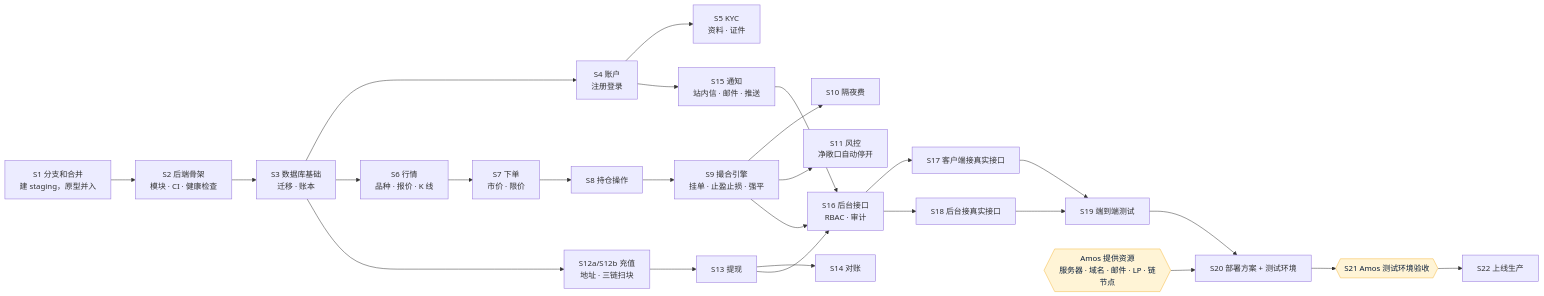
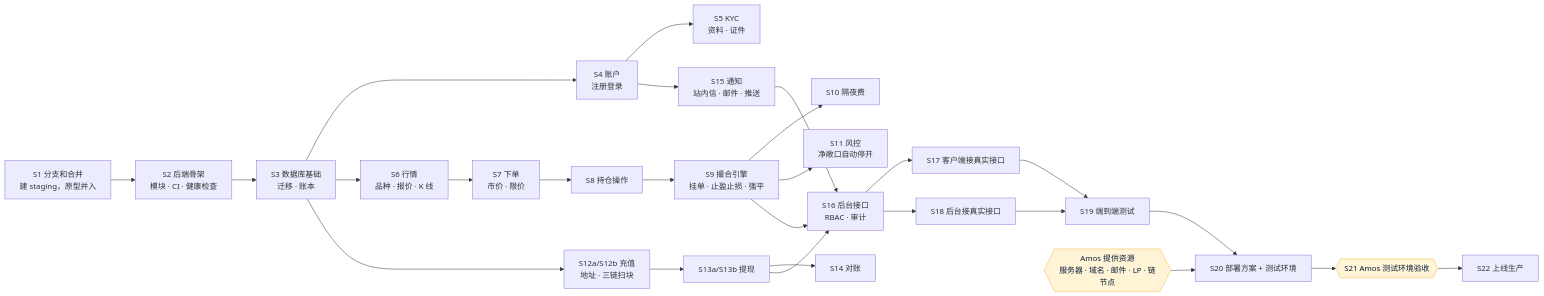
Before and after one commit to dollar3651314/falconx-lite: the diagram in 需求文档/v1-任务清单.md, drawn with Mermaid. The commit also changed other lines of this file and 25 other files, not shown here.

````diff
--- a/需求文档/v1-任务清单.md
+++ b/需求文档/v1-任务清单.md
@@ -25,23 +25,23 @@
 ```mermaid
 flowchart LR
     S1["S1 分支和合并<br/>建 staging，原型并入"] --> S2["S2 后端骨架<br/>模块 · CI · 健康检查"]
     S2 --> S3["S3 数据库基础<br/>迁移 · 账本"]
     S3 --> S4["S4 账户<br/>注册登录"] --> S5["S5 KYC<br/>资料 · 证件"]
     S3 --> S6["S6 行情<br/>品种 · 报价 · K 线"]
     S6 --> S7["S7 下单<br/>市价 · 限价"] --> S8["S8 持仓操作"] --> S9["S9 撮合引擎<br/>挂单 · 止盈止损 · 强平"] --> S10["S10 隔夜费"]
     S9 --> S11["S11 风控<br/>净敞口自动停开"]
-    S3 --> S12["S12a/S12b 充值<br/>地址 · 三链扫块"] --> S13["S13 提现"] --> S14["S14 对账"]
+    S3 --> S12["S12a/S12b 充值<br/>地址 · 三链扫块"] --> S13["S13a/S13b 提现"] --> S14["S14 对账"]
     S4 --> S15["S15 通知<br/>站内信 · 邮件 · 推送"]
     S15 --> S16["S16 后台接口<br/>RBAC · 审计"]
     S9 --> S16
     S13 --> S16
     S16 --> S17["S17 客户端接真实接口"]
     S16 --> S18["S18 后台接真实接口"]
     S17 --> S19["S19 端到端测试"]
     S18 --> S19
     R{{"Amos 提供资源<br/>服务器 · 域名 · 邮件 · LP · 链节点"}} --> S20["S20 部署方案 + 测试环境"]
     S19 --> S20 --> S21{{"S21 Amos 测试环境验收"}} --> S22["S22 上线生产"]
 
     classDef amos fill:#FFF4D6,stroke:#F5B83D,color:#0B1F3A
     class R,S21 amos
 ```
````
